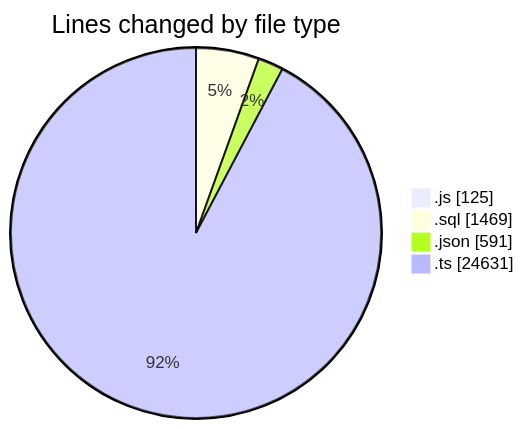
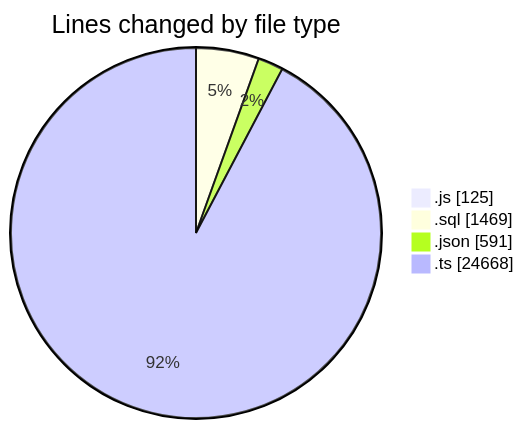
One commit to momahboobian/code-tracking changed the first of 2 diagrams in 2026-05-20/cda/README.md. Above: the diagram before and after it, drawn with Mermaid. The commit also changed other lines of this file and 1 other file, not shown here.

````diff
--- a/2026-05-20/cda/README.md
+++ b/2026-05-20/cda/README.md
@@ -37,8 +37,8 @@
 ```mermaid
 pie showData
 title Lines changed by file type
 ".js" : 125
 ".sql" : 1469
 ".json" : 591
-".ts" : 24631
+".ts" : 24668
 ```
````
